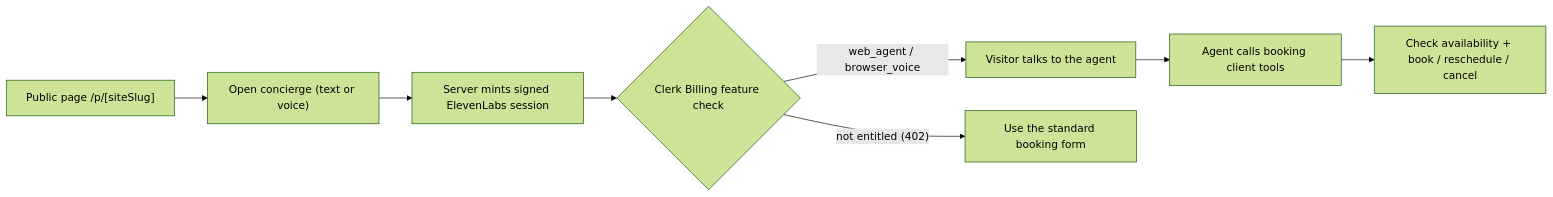
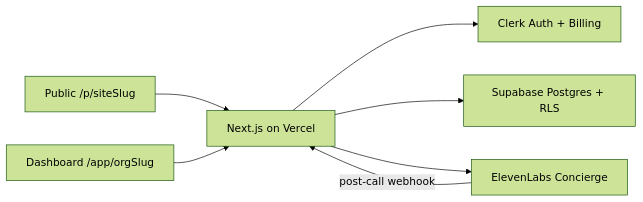
Before and after one commit to ethan263/FlippinCalendar: the diagram in README.md, drawn with Mermaid (forest theme). The commit also changed other lines of this file and 4 other files, not shown here.

First line of the commit message:
Fix production build typecheck for agent session overrides.

````diff
--- a/README.md
+++ b/README.md
@@ -171,10 +80,9 @@
 ```mermaid
 flowchart LR
-    Site["Public page /p/[siteSlug]"] --> Open["Open concierge (text or voice)"]
-    Open --> Session["Server mints signed ElevenLabs session"]
-    Session --> Gate{"Clerk Billing feature check"}
-    Gate -->|"web_agent / browser_voice"| Talk["Visitor talks to the agent"]
-    Gate -->|"not entitled (402)"| Fallback["Use the standard booking form"]
-    Talk --> Tools["Agent calls booking client tools"]
-    Tools --> Book["Check availability + book / reschedule / cancel"]
+  Visitor["Public /p/siteSlug"] --> Next["Next.js on Vercel"]
+  Staff["Dashboard /app/orgSlug"] --> Next
+  Next --> Clerk["Clerk Auth + Billing"]
+  Next --> Supa["Supabase Postgres + RLS"]
+  Next --> EL["ElevenLabs Concierge"]
+  EL -->|"post-call webhook"| Next
 ```
````
